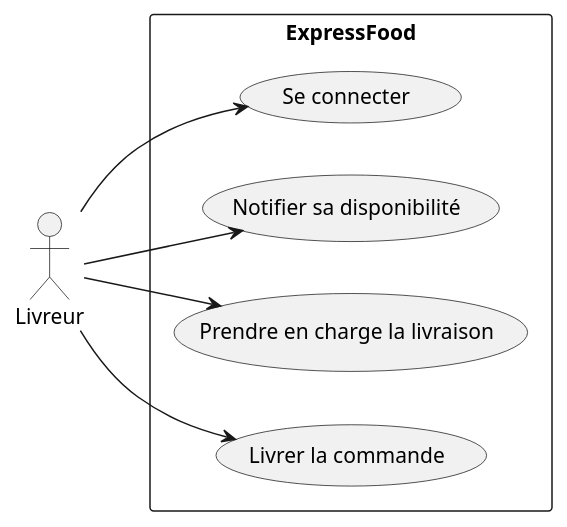
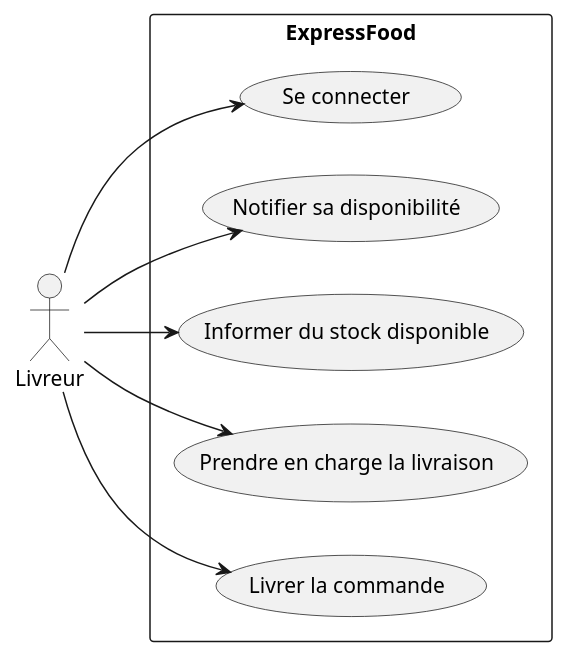
One commit to laurasullyalexandrine/expressfood changed the diagram in UseCase/Livreur.puml. Above: the diagram before and after it, drawn with PlantUML. The commit also changed 1 other file, not shown here.

```diff
--- a/UseCase/Livreur.puml
+++ b/UseCase/Livreur.puml
@@ -2,19 +2,21 @@
 @startuml Livreur
 
 left to right direction
 
 actor "Livreur" as Livreur
 
 rectangle ExpressFood {
   usecase "Se connecter" as UC1
   usecase "Notifier sa disponibilité" as UC2
-  usecase "Prendre en charge la livraison" as UC3
-  usecase "Livrer la commande" as UC4
+  usecase "Informer du stock disponible" as UC3
+  usecase "Prendre en charge la livraison" as UC4
+  usecase "Livrer la commande" as UC5
 }
 
 Livreur --> UC1
 Livreur --> UC2
 Livreur --> UC3
 Livreur --> UC4
+Livreur --> UC5
 
 @enduml
```
